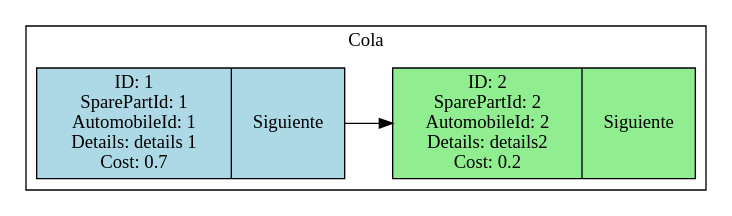
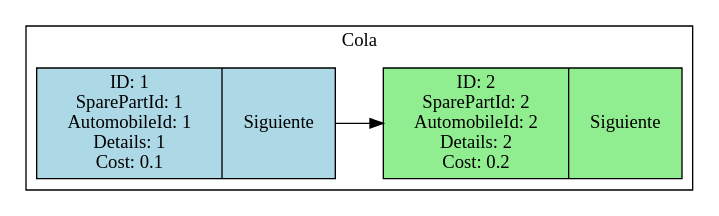
One commit to marcosbondel/EDD_1S2025_202202410 changed the diagram in reports/Services.dot. Above: the diagram before and after it, drawn with Graphviz. The commit also changed 16 other files, not shown here.

```diff
--- a/reports/Services.dot
+++ b/reports/Services.dot
@@ -1,12 +1,12 @@
 digraph G {
     node [shape=record];
     rankdir=LR;
     subgraph cluster_0 {
         label = "Cola";
-        n0 [label = "{<data> ID: 1 \n SparePartId: 1 \n AutomobileId: 1 \n Details: details 1 \n Cost: 0.7 | <next> Siguiente }"];
-        n1 [label = "{<data> ID: 2 \n SparePartId: 2 \n AutomobileId: 2 \n Details: details2 \n Cost: 0.2 | <next> Siguiente }"];
+        n0 [label = "{<data> ID: 1 \n SparePartId: 1 \n AutomobileId: 1 \n Details: 1 \n Cost: 0.1 | <next> Siguiente }"];
+        n1 [label = "{<data> ID: 2 \n SparePartId: 2 \n AutomobileId: 2 \n Details: 2 \n Cost: 0.2 | <next> Siguiente }"];
         n0:next -> n1:data;
         n0 [style=filled, fillcolor=lightblue]; // Front of Queue
         n1 [style=filled, fillcolor=lightgreen]; // Rear of Queue
     }
 }
```
